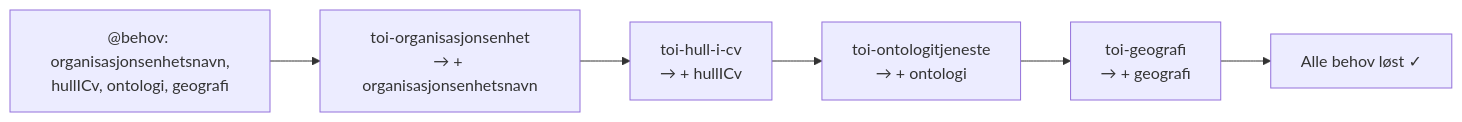
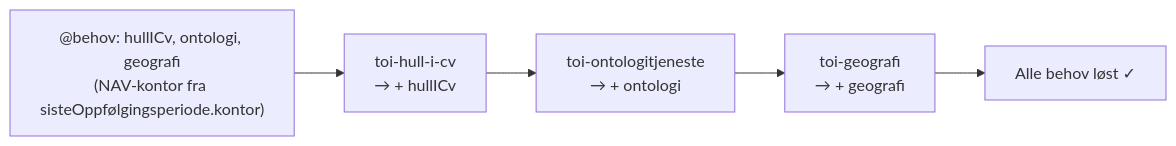
Diagram 11 of 12 in MELDINGSFLYTER.md (navikt/toi-rapids-and-rivers), drawn with Mermaid before and after one commit. The commit also changed other lines of this file and 23 other files, not shown here.

First line of the commit message:
Les oppfølgingsenhet-, og navn fra en bedre kilde (toi.siste-oppfolgi… (#216)

````diff
--- a/MELDINGSFLYTER.md
+++ b/MELDINGSFLYTER.md
@@ -562,11 +557,10 @@
 ```mermaid
 flowchart LR
-    A["@behov: organisasjonsenhetsnavn,<br/>hullICv, ontologi, geografi"]
-    B["toi-organisasjonsenhet<br/>→ + organisasjonsenhetsnavn"]
-    C["toi-hull-i-cv<br/>→ + hullICv"]
-    D["toi-ontologitjeneste<br/>→ + ontologi"]
-    E["toi-geografi<br/>→ + geografi"]
-    F["Alle behov løst ✓"]
+    A["@behov: hullICv, ontologi, geografi<br/>(NAV-kontor fra sisteOppfølgingsperiode.kontor)"]
+    B["toi-hull-i-cv<br/>→ + hullICv"]
+    C["toi-ontologitjeneste<br/>→ + ontologi"]
+    D["toi-geografi<br/>→ + geografi"]
+    E["Alle behov løst ✓"]
 
-    A --> B --> C --> D --> E --> F
+    A --> B --> C --> D --> E
 ```
````
